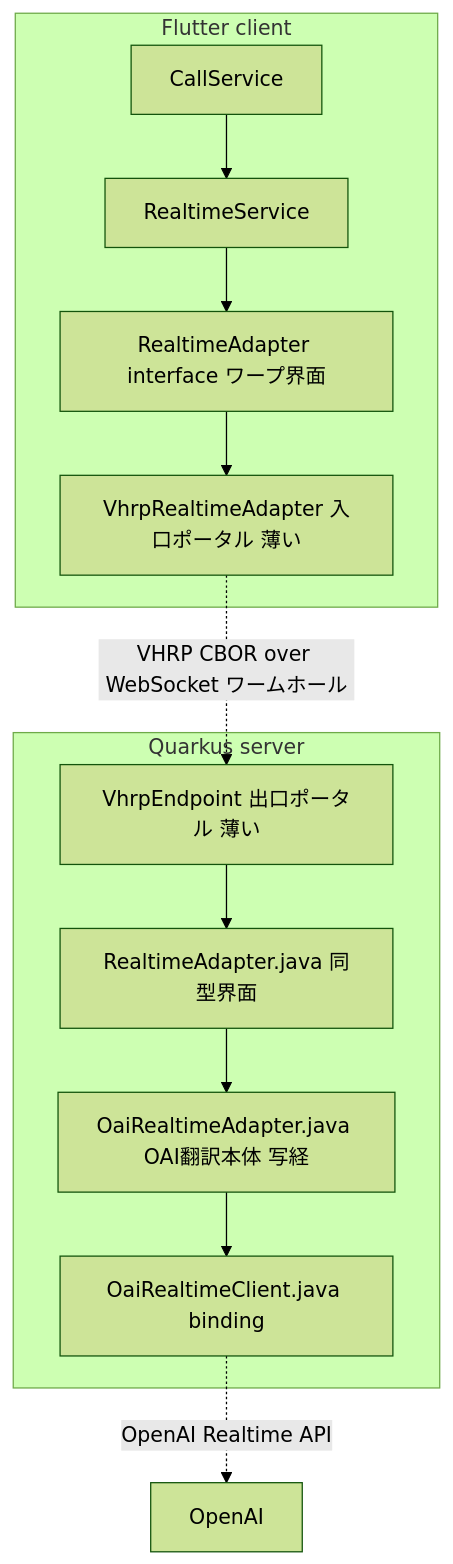
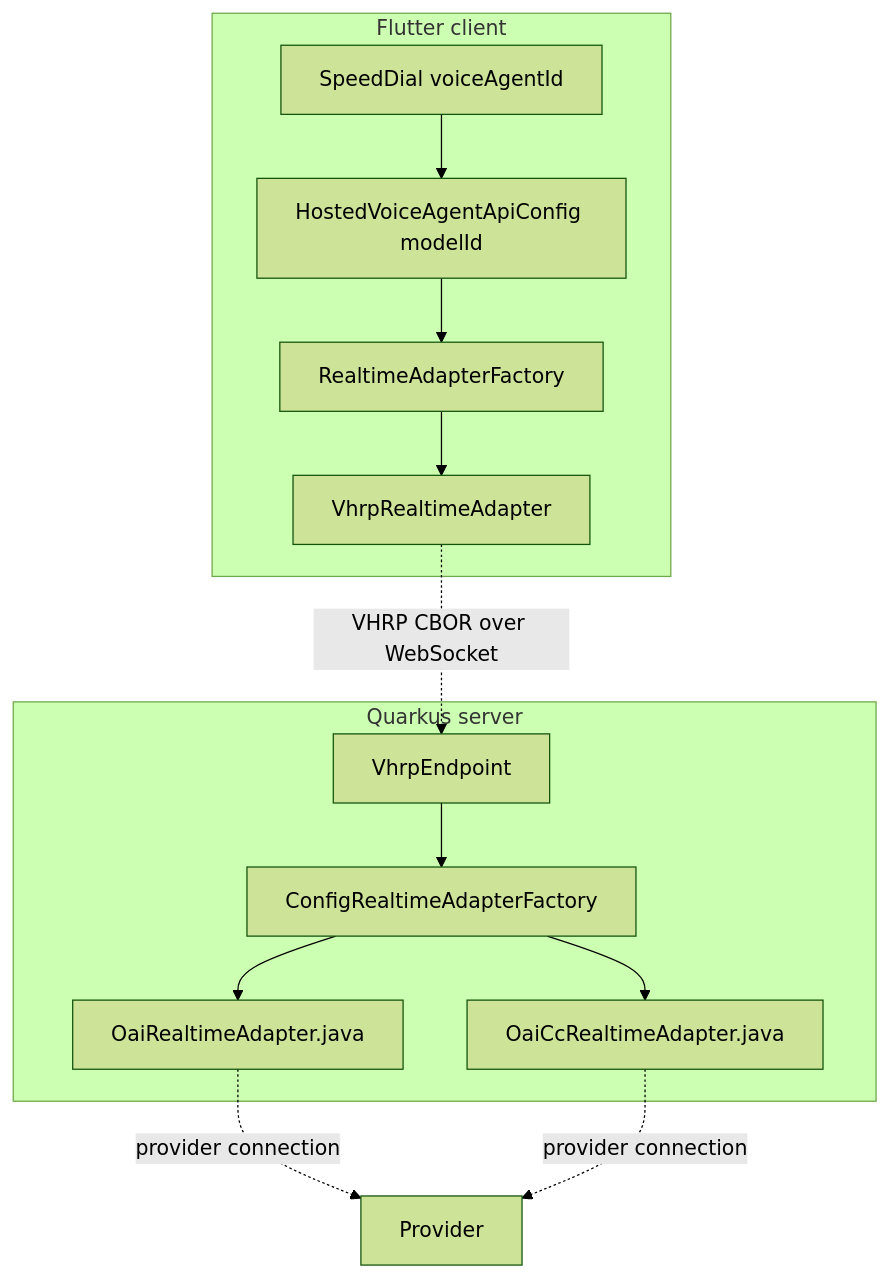
The first of 2 diagrams in docs/hosted_realtime/03_quarkus_backend_spec.md (yuki-js/vagina), drawn with Mermaid (forest theme) before and after one commit. The commit also changed other lines of this file and 41 other files, not shown here.

Commit message:
global voice-agent config storage、selfhosted voice settings UI、standalone/selfhosted client voice adapters/routes を削除する

````diff
--- a/docs/hosted_realtime/03_quarkus_backend_spec.md
+++ b/docs/hosted_realtime/03_quarkus_backend_spec.md
@@ -20,15 +15,16 @@
 ```mermaid
 graph TB
     subgraph Client[Flutter client]
-        CS[CallService] --> RS[RealtimeService]
-        RS --> RA[RealtimeAdapter interface ワープ界面]
-        RA --> VA[VhrpRealtimeAdapter 入口ポータル 薄い]
+        SD[SpeedDial voiceAgentId] --> VAIC[HostedVoiceAgentApiConfig modelId]
+        VAIC --> RAF[RealtimeAdapterFactory]
+        RAF --> VA[VhrpRealtimeAdapter]
     end
-    VA -.VHRP CBOR over WebSocket ワームホール.-> EP
+    VA -.VHRP CBOR over WebSocket.-> EP
     subgraph Server[Quarkus server]
-        EP[VhrpEndpoint 出口ポータル 薄い] --> JRA[RealtimeAdapter.java 同型界面]
-        JRA --> OA[OaiRealtimeAdapter.java OAI翻訳本体 写経]
-        OA --> OC[OaiRealtimeClient.java binding]
+        EP[VhrpEndpoint] --> REG[ConfigRealtimeAdapterFactory]
+        REG --> OA[OaiRealtimeAdapter.java]
+        REG --> OC[OaiCcRealtimeAdapter.java]
     end
-    OC -.OpenAI Realtime API.-> OAI[OpenAI]
+    OA -.provider connection.-> OAI[Provider]
+    OC -.provider connection.-> OAI
 ```
````
